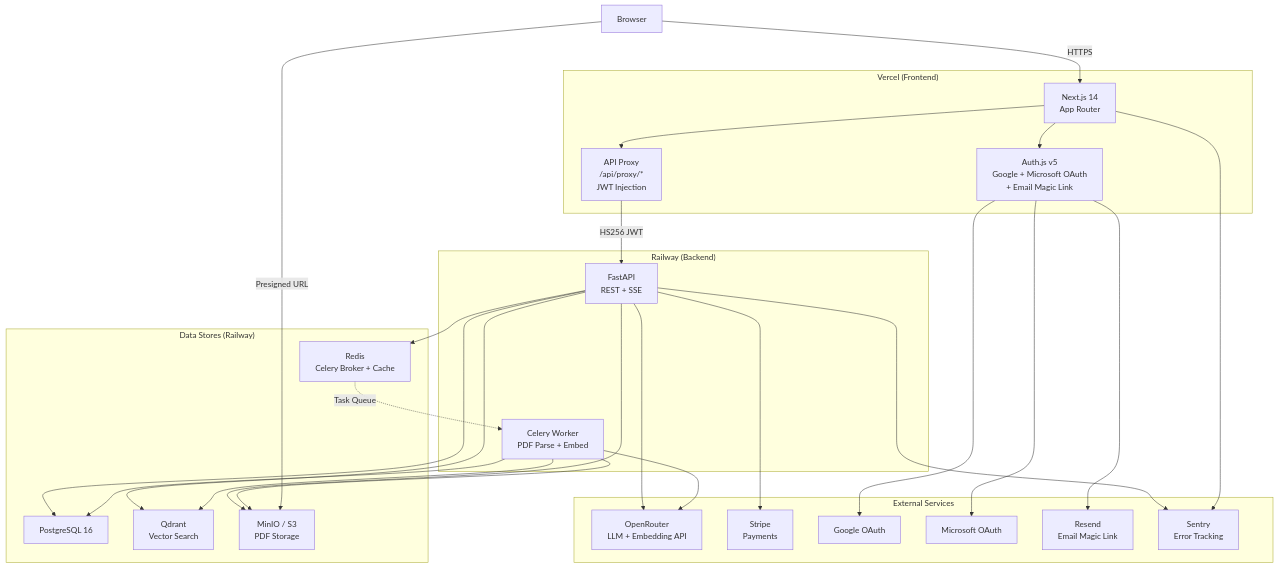
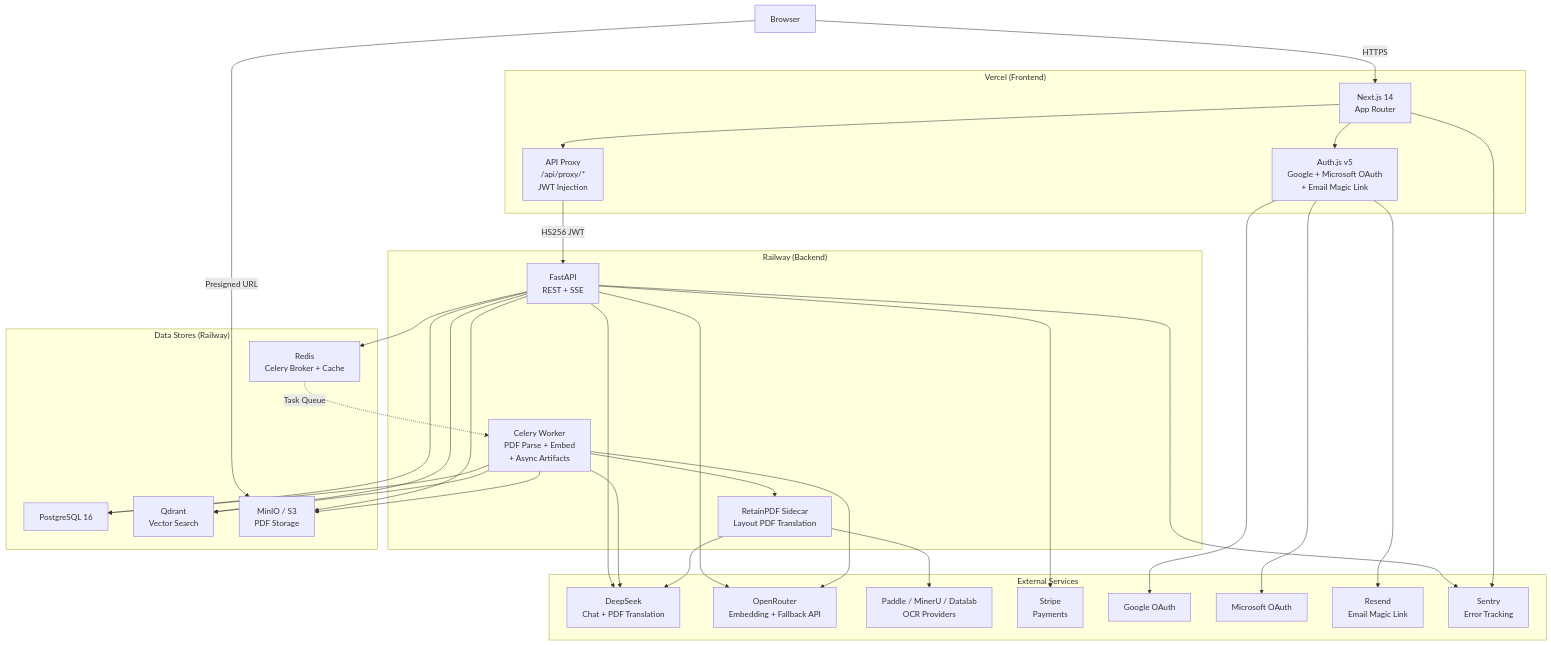
One commit to Rswcf/DocTalk changed the first of 10 diagrams in docs/ARCHITECTURE.md. Above: the diagram before and after it, drawn with Mermaid. The commit also changed other lines of this file and 15 other files, not shown here.

Commit message:
docs: document layout translation feature

````diff
--- a/docs/ARCHITECTURE.md
+++ b/docs/ARCHITECTURE.md
@@ -11,53 +11,61 @@
 ```mermaid
 graph TB
     Browser["Browser"]
 
     subgraph Vercel["Vercel (Frontend)"]
         NextJS["Next.js 14<br/>App Router"]
         AuthJS["Auth.js v5<br/>Google + Microsoft OAuth<br/>+ Email Magic Link"]
         Proxy["API Proxy<br/>/api/proxy/*<br/>JWT Injection"]
     end
 
     subgraph Railway["Railway (Backend)"]
         FastAPI["FastAPI<br/>REST + SSE"]
-        Celery["Celery Worker<br/>PDF Parse + Embed"]
+        Celery["Celery Worker<br/>PDF Parse + Embed<br/>+ Async Artifacts"]
+        RetainPDF["RetainPDF Sidecar<br/>Layout PDF Translation"]
     end
 
     subgraph DataStores["Data Stores (Railway)"]
         PG["PostgreSQL 16"]
         Qdrant["Qdrant<br/>Vector Search"]
         Redis["Redis<br/>Celery Broker + Cache"]
         MinIO["MinIO / S3<br/>PDF Storage"]
     end
 
     subgraph External["External Services"]
-        OpenRouter["OpenRouter<br/>LLM + Embedding API"]
+        DeepSeek["DeepSeek<br/>Chat + PDF Translation"]
+        OpenRouter["OpenRouter<br/>Embedding + Fallback API"]
+        OCRProviders["Paddle / MinerU / Datalab<br/>OCR Providers"]
         Stripe["Stripe<br/>Payments"]
         Google["Google OAuth"]
         Microsoft["Microsoft OAuth"]
         Resend["Resend<br/>Email Magic Link"]
         Sentry["Sentry<br/>Error Tracking"]
     end
 
     Browser -->|HTTPS| NextJS
     NextJS --> AuthJS
     NextJS --> Proxy
     Proxy -->|HS256 JWT| FastAPI
     FastAPI --> PG
     FastAPI --> Qdrant
     FastAPI --> Redis
     FastAPI --> MinIO
+    FastAPI --> DeepSeek
     FastAPI --> OpenRouter
     FastAPI --> Stripe
     Celery --> PG
     Celery --> Qdrant
     Celery --> MinIO
+    Celery --> RetainPDF
+    Celery --> DeepSeek
     Celery --> OpenRouter
+    RetainPDF --> OCRProviders
+    RetainPDF --> DeepSeek
     Redis -.->|Task Queue| Celery
     AuthJS --> Google
     AuthJS --> Microsoft
     AuthJS --> Resend
     FastAPI --> Sentry
     NextJS --> Sentry
     Browser -->|Presigned URL| MinIO
 ```
````
